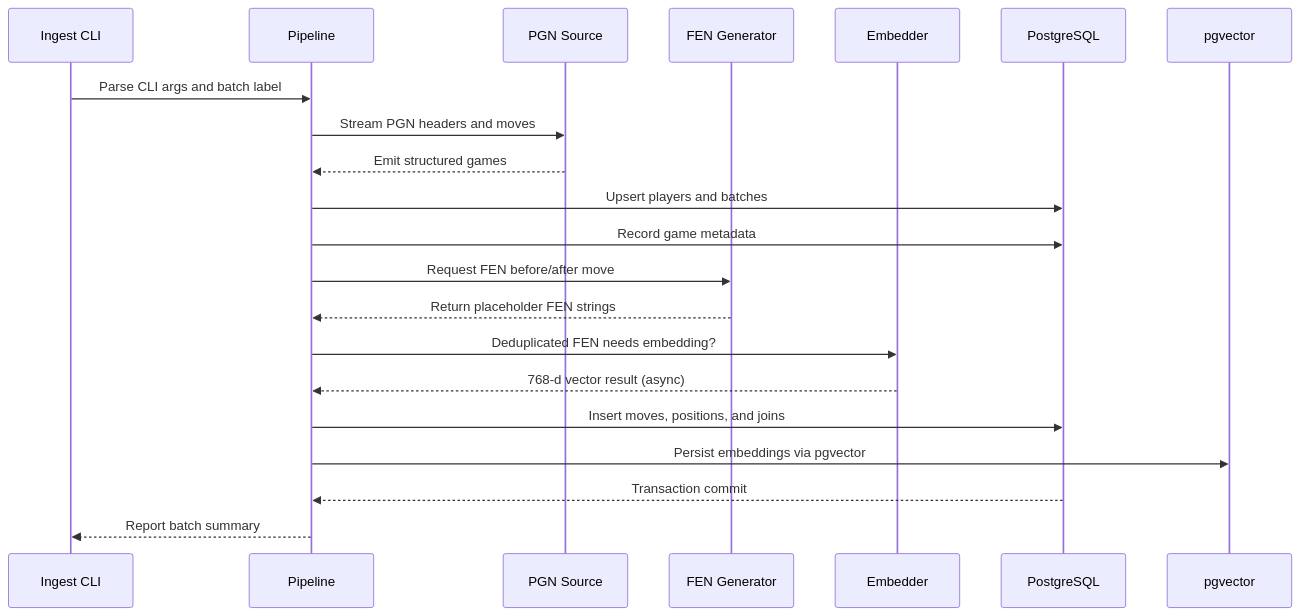
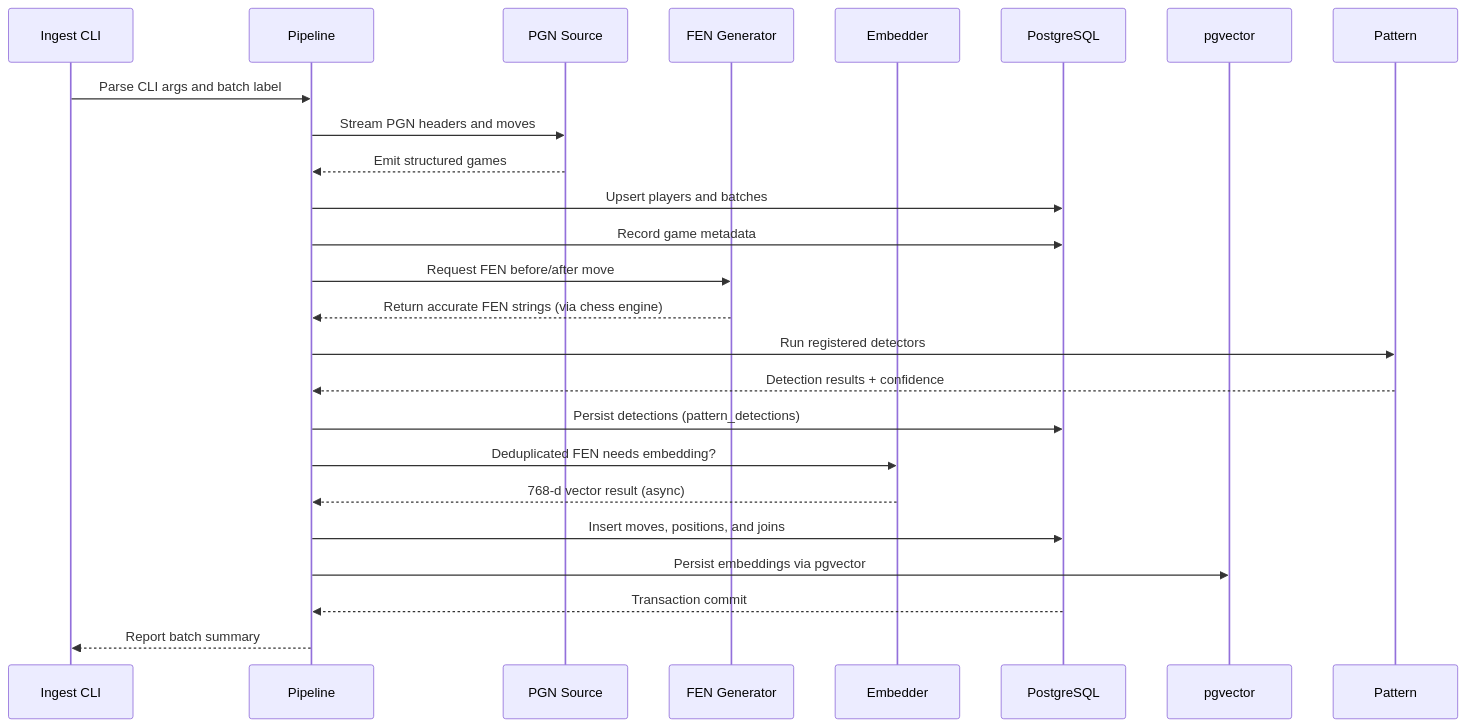
One commit to HendrikReh/chessbuddy changed the second of 2 diagrams in docs/DEVELOPER.md. Above: the diagram before and after it, drawn with Mermaid. The commit also changed other lines of this file and 13 other files, not shown here.

````diff
--- a/docs/DEVELOPER.md
+++ b/docs/DEVELOPER.md
@@ -178,24 +215,27 @@
 ```mermaid
 sequenceDiagram
   participant CLI as Ingest CLI
   participant Pipe as Pipeline
   participant PGN as PGN Source
   participant FEN as FEN Generator
   participant EMB as Embedder
   participant DB as PostgreSQL
   participant VEC as pgvector
 
   CLI->>Pipe: Parse CLI args and batch label
   Pipe->>PGN: Stream PGN headers and moves
   PGN-->>Pipe: Emit structured games
   Pipe->>DB: Upsert players and batches
   Pipe->>DB: Record game metadata
   Pipe->>FEN: Request FEN before/after move
-  FEN-->>Pipe: Return placeholder FEN strings
+  FEN-->>Pipe: Return accurate FEN strings (via chess engine)
+  Pipe->>Pattern: Run registered detectors
+  Pattern-->>Pipe: Detection results + confidence
+  Pipe->>DB: Persist detections (pattern_detections)
   Pipe->>EMB: Deduplicated FEN needs embedding?
   EMB-->>Pipe: 768-d vector result (async)
   Pipe->>DB: Insert moves, positions, and joins
   Pipe->>VEC: Persist embeddings via pgvector
   DB-->>Pipe: Transaction commit
   Pipe-->>CLI: Report batch summary
 ```
````
